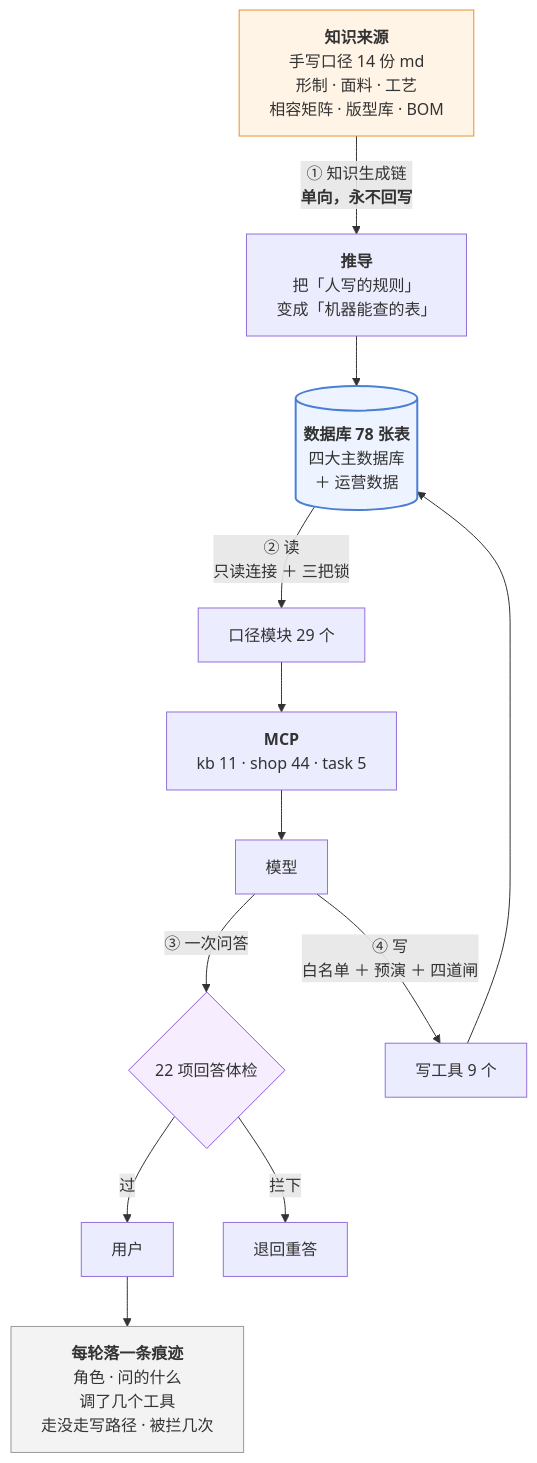
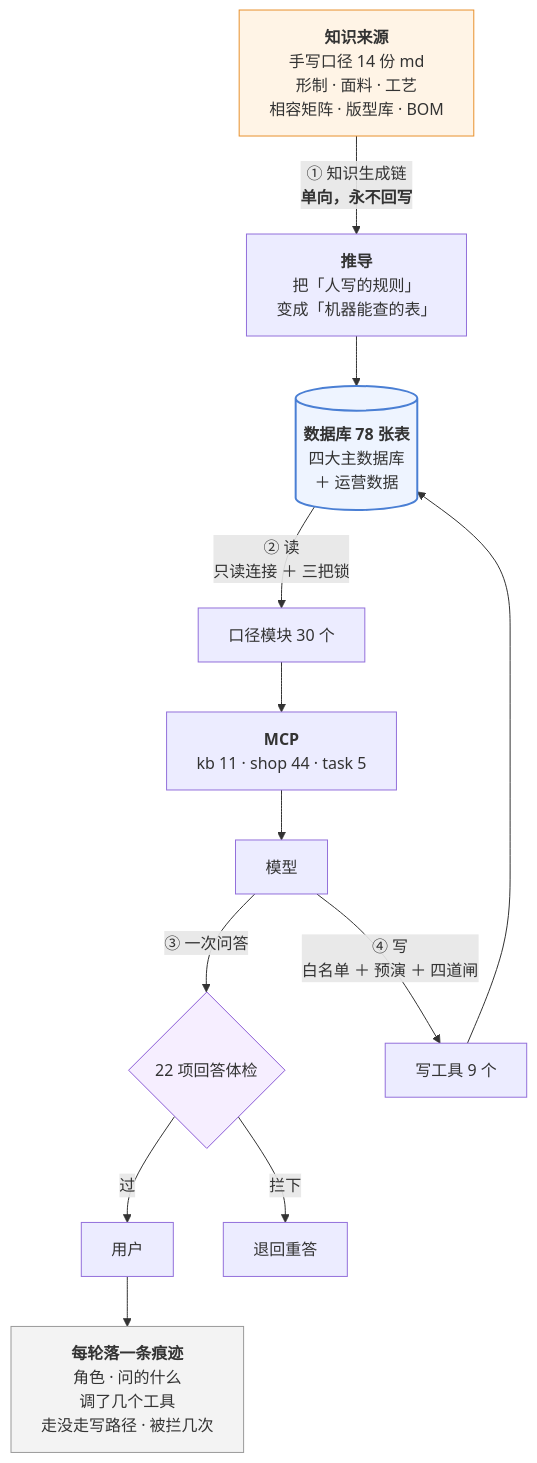
The third of 3 diagrams in 澜绣云裳agent-产品说明.md (843773296-rgb/lanxiu-yunshang-agent), drawn with Mermaid before and after one commit. The commit also changed other lines of this file and 16 other files, not shown here.

````diff
--- a/澜绣云裳agent-产品说明.md
+++ b/澜绣云裳agent-产品说明.md
@@ -803,24 +804,24 @@
 ```mermaid
 flowchart TD
     MD["<b>知识来源</b><br/>手写口径 14 份 md<br/>形制 · 面料 · 工艺<br/>相容矩阵 · 版型库 · BOM"]
     MD -->|"① 知识生成链<br/><b>单向，永不回写</b>"| DV["<b>推导</b><br/>把「人写的规则」<br/>变成「机器能查的表」"]
     DV --> DB[("<b>数据库 78 张表</b><br/>四大主数据库<br/>＋ 运营数据")]
 
-    DB -->|"② 读<br/>只读连接 ＋ 三把锁"| KJ["口径模块 29 个"]
+    DB -->|"② 读<br/>只读连接 ＋ 三把锁"| KJ["口径模块 30 个"]
     KJ --> MCP["<b>MCP</b><br/>kb 11 · shop 44 · task 5"]
     MCP --> LLM["模型"]
 
     LLM -->|"③ 一次问答"| GD{"22 项回答体检"}
     GD -- 过 --> U["用户"]
     GD -- 拦下 --> RE["退回重答"]
 
     LLM -->|"④ 写<br/>白名单 ＋ 预演 ＋ 四道闸"| W["写工具 9 个"]
     W --> DB
 
     U --> TR["<b>每轮落一条痕迹</b><br/>角色 · 问的什么<br/>调了几个工具<br/>走没走写路径 · 被拦几次"]
 
     style MD fill:#fff4e6,stroke:#e8912d
     style DB fill:#eef4ff,stroke:#4a7fd4,stroke-width:2px
     style GD fill:#f6eeff,stroke:#8b5cd6
     style TR fill:#f3f3f3,stroke:#999
 ```
````
